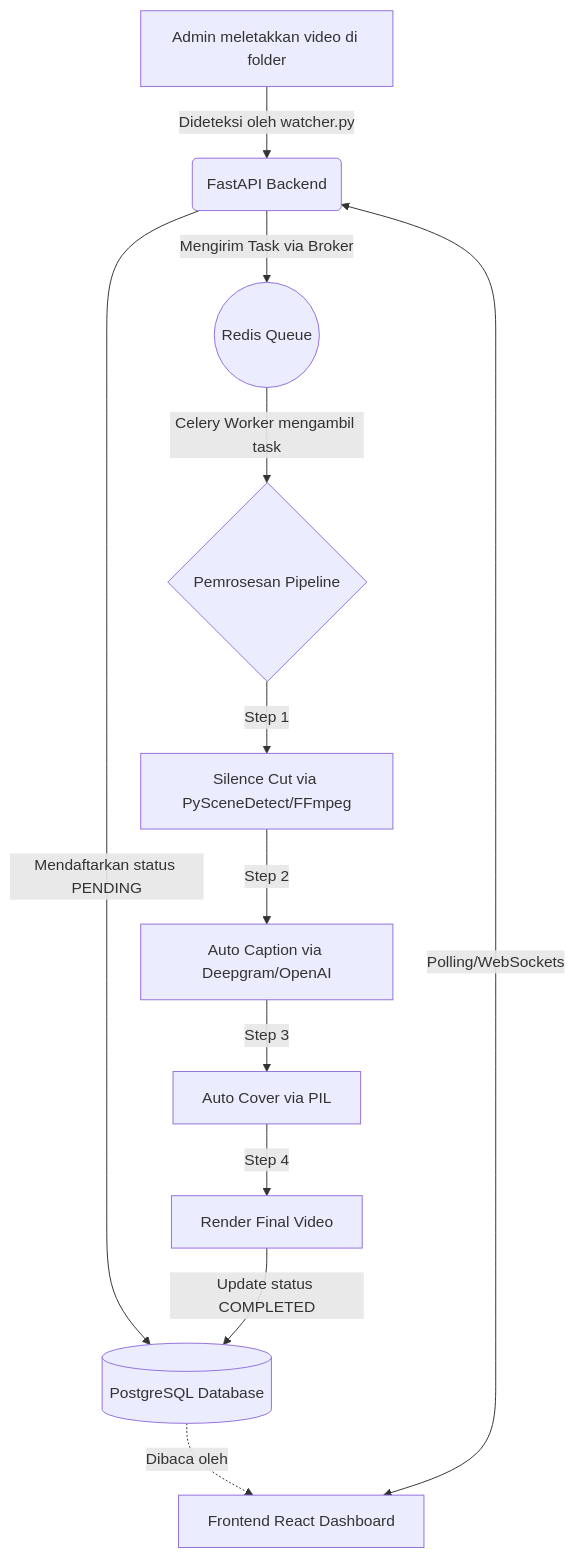
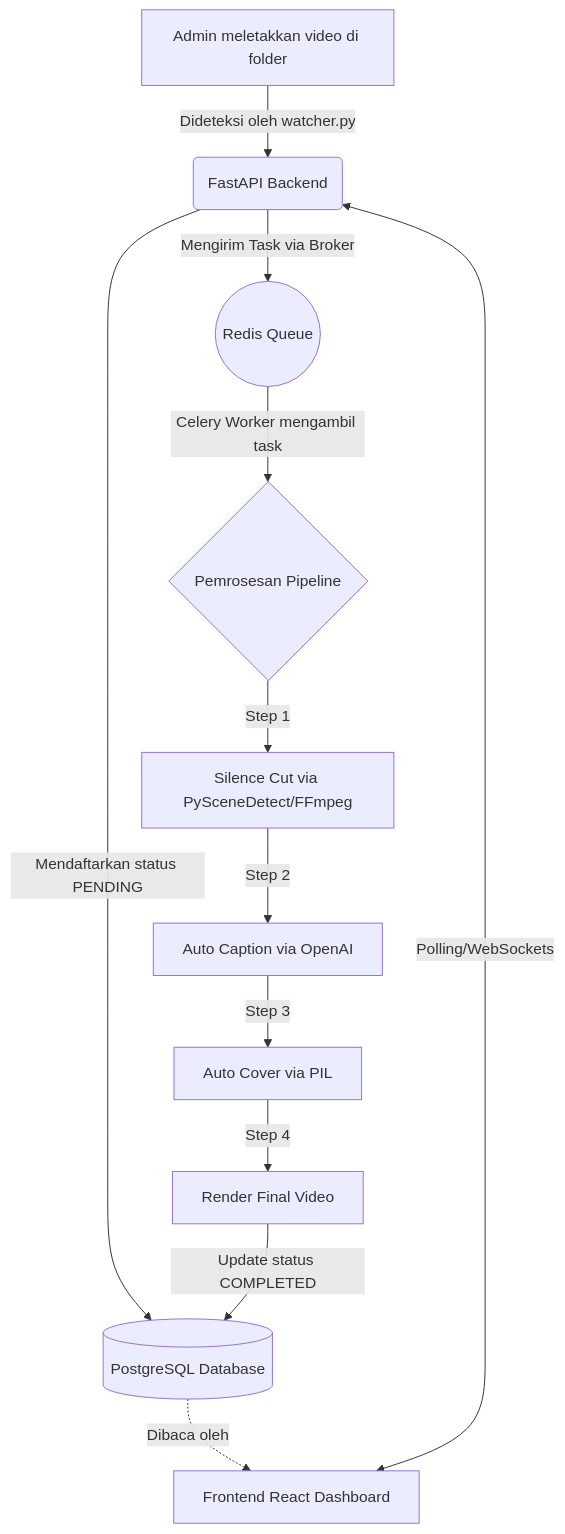
Before and after one commit to Muhira007/vidflow-studio: the first of 4 diagrams in PRD_claude II.md, drawn with Mermaid. The commit also changed 3 other files, not shown here.

Commit message:
Switch transcription AI from Deepgram to OpenAI gpt-4o-mini-transcribe

````diff
--- a/PRD_claude II.md
+++ b/PRD_claude II.md
@@ -222,17 +222,17 @@
 ```mermaid
 graph TD
     A[Admin meletakkan video di folder] -->|Dideteksi oleh watcher.py| B(FastAPI Backend)
     B -->|Mendaftarkan status PENDING| C[(PostgreSQL Database)]
     B -->|Mengirim Task via Broker| D((Redis Queue))
     D -->|Celery Worker mengambil task| E{Pemrosesan Pipeline}
     
     E -->|Step 1| F[Silence Cut via PySceneDetect/FFmpeg]
-    F -->|Step 2| G[Auto Caption via Deepgram/OpenAI]
+    F -->|Step 2| G[Auto Caption via OpenAI]
     G -->|Step 3| H[Auto Cover via PIL]
     H -->|Step 4| I[Render Final Video]
     
     I -->|Update status COMPLETED| C
     
     J[Frontend React Dashboard] <-->|Polling/WebSockets| B
     C -.->|Dibaca oleh| J
 ```
````
